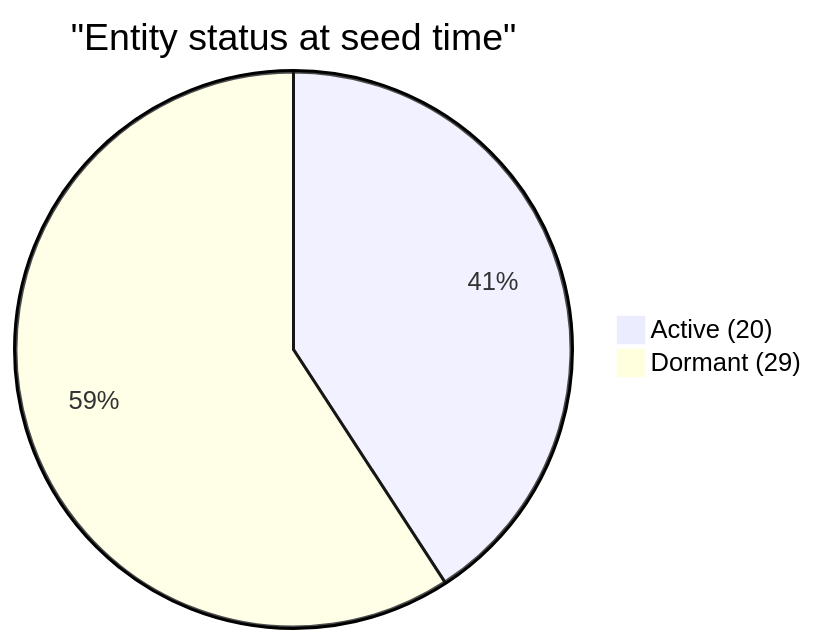
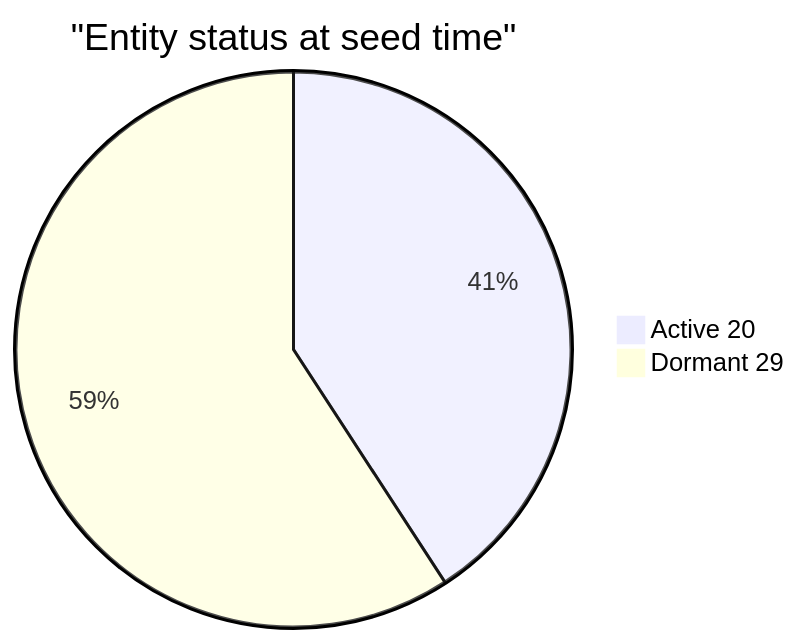
The seventh of 7 diagrams in docs/technical-report-2026-04-15-16.md (RPP1011/quest_game), drawn with Mermaid before and after one commit. The commit also changed other lines of this file, not shown here.

First line of the commit message:
docs: rewrite technical report — strip debugging, focus on architecture

```diff
--- a/docs/technical-report-2026-04-15-16.md
+++ b/docs/technical-report-2026-04-15-16.md
@@ -347,5 +278,5 @@
 <pre class="mermaid" markdown="0">
 pie title "Entity status at seed time"
-    "Active (20)" : 20
-    "Dormant (29)" : 29
+    "Active 20" : 20
+    "Dormant 29" : 29
 </pre>
```
